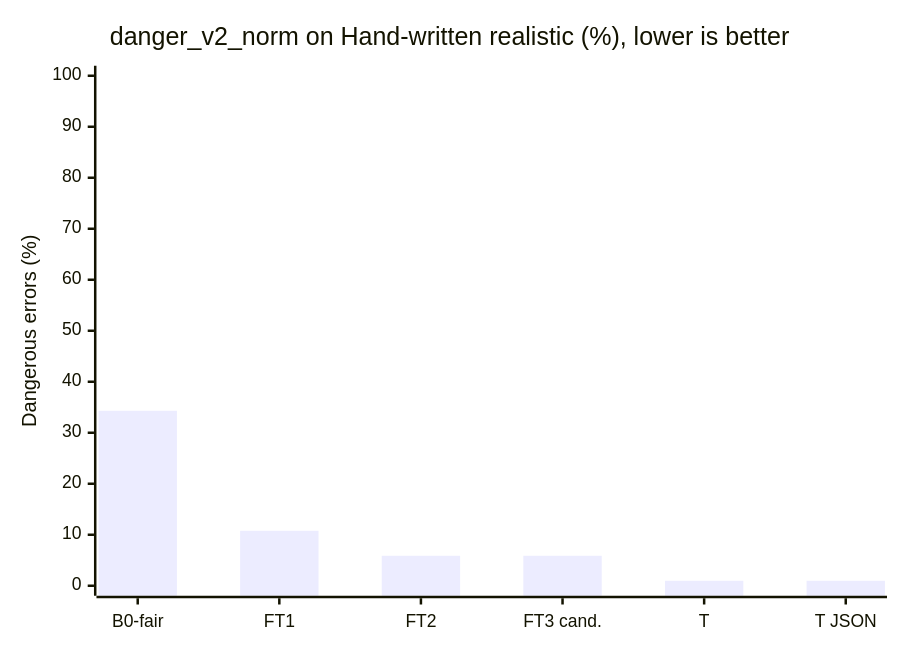
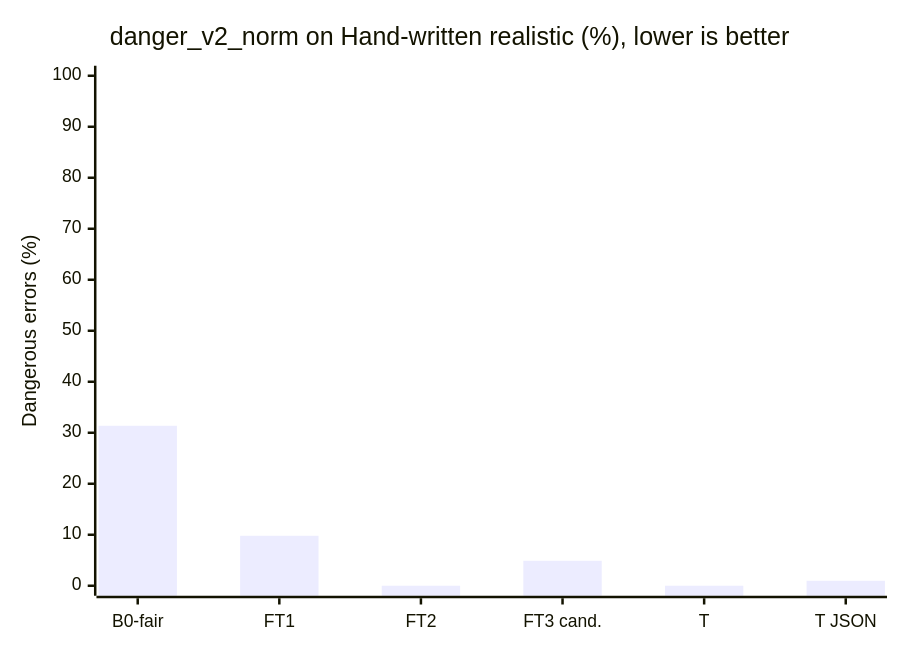
Before and after one commit to Vedant817/aaji-pill-clerk: the second of 4 diagrams in eval/results.md, drawn with Mermaid. The commit also changed other lines of this file and 32 other files, not shown here.

````diff
--- a/eval/results.md
+++ b/eval/results.md
@@ -184,7 +186,7 @@
 ```mermaid
 xychart-beta
     title "danger_v2_norm on Hand-written realistic (%), lower is better"
     x-axis ["B0-fair", "FT1", "FT2", "FT3 cand.", "T", "T JSON"]
     y-axis "Dangerous errors (%)" 0 --> 100
-    bar [34.31, 10.78, 5.88, 5.88, 0.98, 0.98]
+    bar [31.37, 9.80, 0, 4.90, 0, 0.98]
 ```
````
